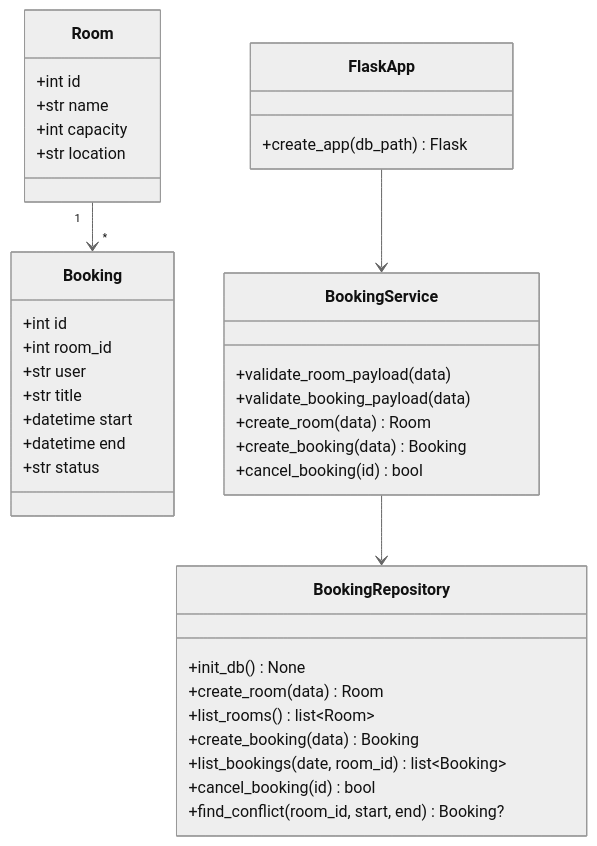
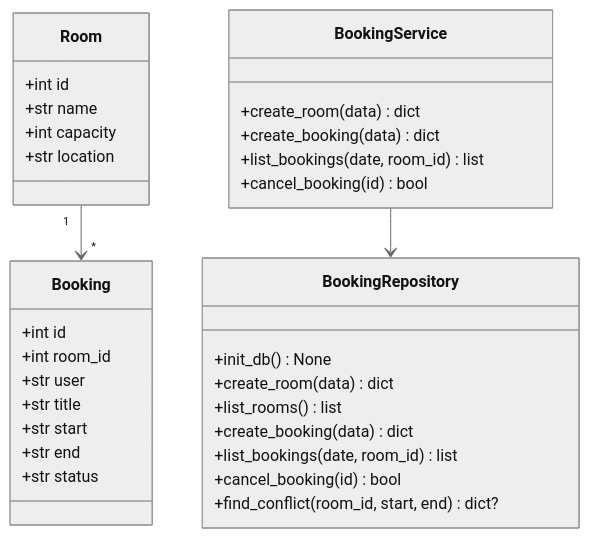
One commit to JerryChen-USTB/CodeAgent changed the second of 4 diagrams in benchmark/selfbuilt/cases/05_meeting_room_booking/input/design_model.md. Above: the diagram before and after it, drawn with Mermaid (neutral theme). The commit also changed other lines of this file and 67 other files, not shown here.

````diff
--- a/benchmark/selfbuilt/cases/05_meeting_room_booking/input/design_model.md
+++ b/benchmark/selfbuilt/cases/05_meeting_room_booking/input/design_model.md
@@ -5,45 +78,39 @@
 ```mermaid
 classDiagram
     class Room {
       +int id
       +str name
       +int capacity
       +str location
     }
 
     class Booking {
       +int id
       +int room_id
       +str user
       +str title
-      +datetime start
-      +datetime end
+      +str start
+      +str end
       +str status
     }
 
     class BookingRepository {
       +init_db() None
-      +create_room(data) Room
-      +list_rooms() list~Room~
-      +create_booking(data) Booking
-      +list_bookings(date, room_id) list~Booking~
+      +create_room(data) dict
+      +list_rooms() list
+      +create_booking(data) dict
+      +list_bookings(date, room_id) list
       +cancel_booking(id) bool
-      +find_conflict(room_id, start, end) Booking?
+      +find_conflict(room_id, start, end) dict?
     }
 
     class BookingService {
-      +validate_room_payload(data)
-      +validate_booking_payload(data)
-      +create_room(data) Room
-      +create_booking(data) Booking
+      +create_room(data) dict
+      +create_booking(data) dict
+      +list_bookings(date, room_id) list
       +cancel_booking(id) bool
-    }
-
-    class FlaskApp {
-      +create_app(db_path) Flask
     }
 
     Room "1" --> "*" Booking
     BookingService --> BookingRepository
-    FlaskApp --> BookingService
 ```
````
